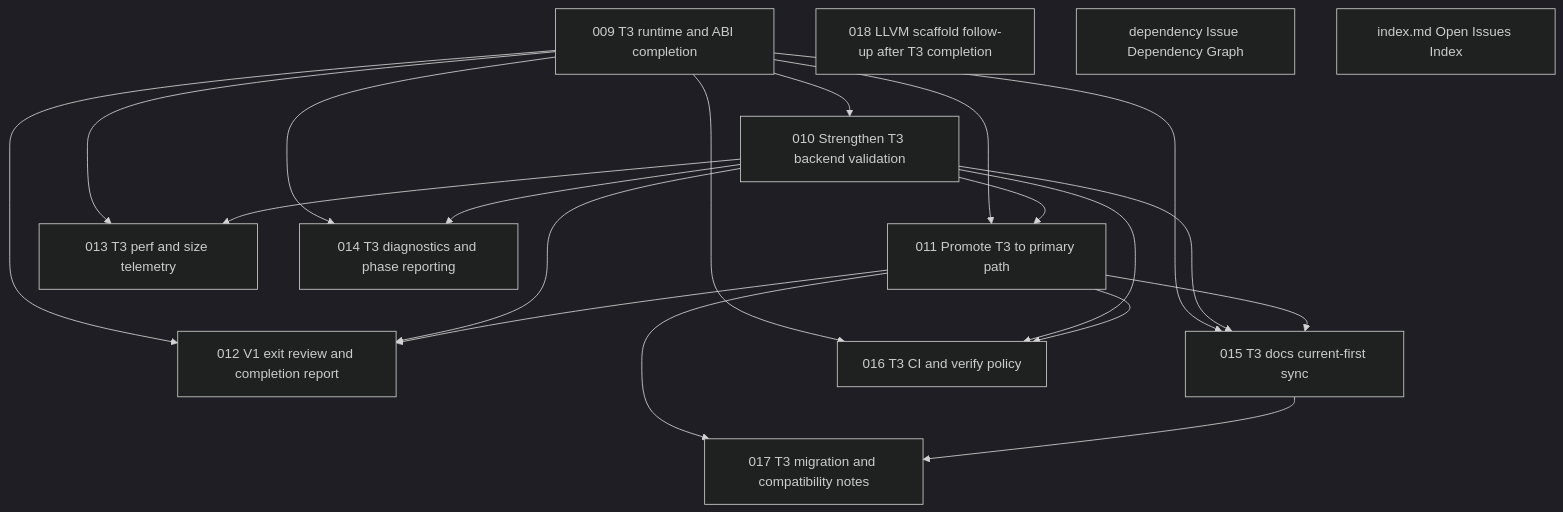
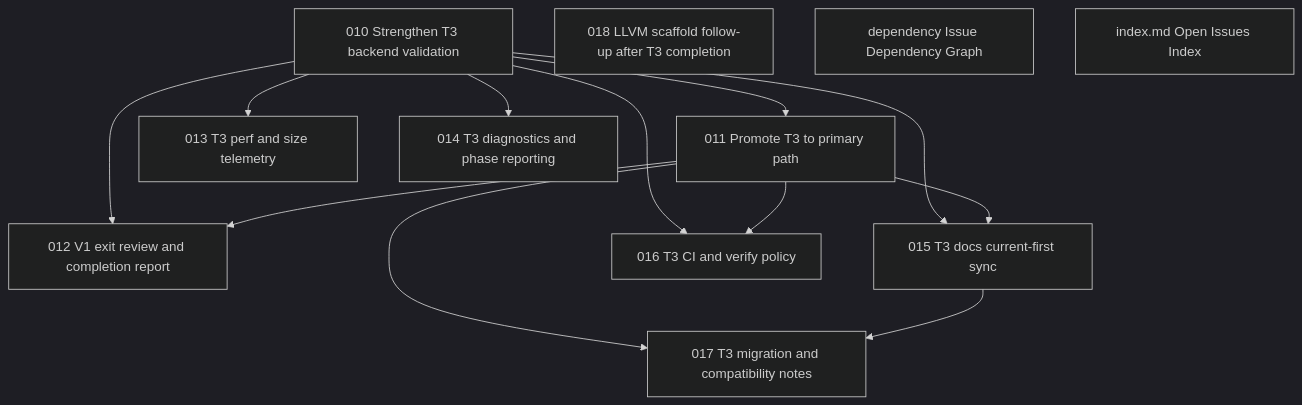
The diagram in issues/open/dependency-graph.md (wogikaze/arukellt), drawn with Mermaid (dark theme) before and after one commit. The commit also changed other lines of this file and 8 other files, not shown here.

First line of the commit message:
009: T3 runtime and ABI completion — promote to T3WasmGcP2

````diff
--- a/issues/open/dependency-graph.md
+++ b/issues/open/dependency-graph.md
@@ -7,33 +7,25 @@
 ```mermaid
 graph TD
-  I009["009 T3 runtime and ABI completion"]
+  I010["010 Strengthen T3 backend validation"]
   I018["018 LLVM scaffold follow-up after T3 completion"]
   Idependency["dependency Issue Dependency Graph"]
   Iindex.md["index.md Open Issues Index"]
-  I010["010 Strengthen T3 backend validation"]
   I011["011 Promote T3 to primary path"]
   I013["013 T3 perf and size telemetry"]
   I014["014 T3 diagnostics and phase reporting"]
   I012["012 V1 exit review and completion report"]
   I015["015 T3 docs current-first sync"]
   I016["016 T3 CI and verify policy"]
   I017["017 T3 migration and compatibility notes"]
-  I009 --> I010
-  I009 --> I011
   I010 --> I011
-  I009 --> I013
   I010 --> I013
-  I009 --> I014
   I010 --> I014
-  I009 --> I012
   I010 --> I012
   I011 --> I012
-  I009 --> I015
   I010 --> I015
   I011 --> I015
-  I009 --> I016
   I010 --> I016
   I011 --> I016
   I011 --> I017
   I015 --> I017
 ```
````
